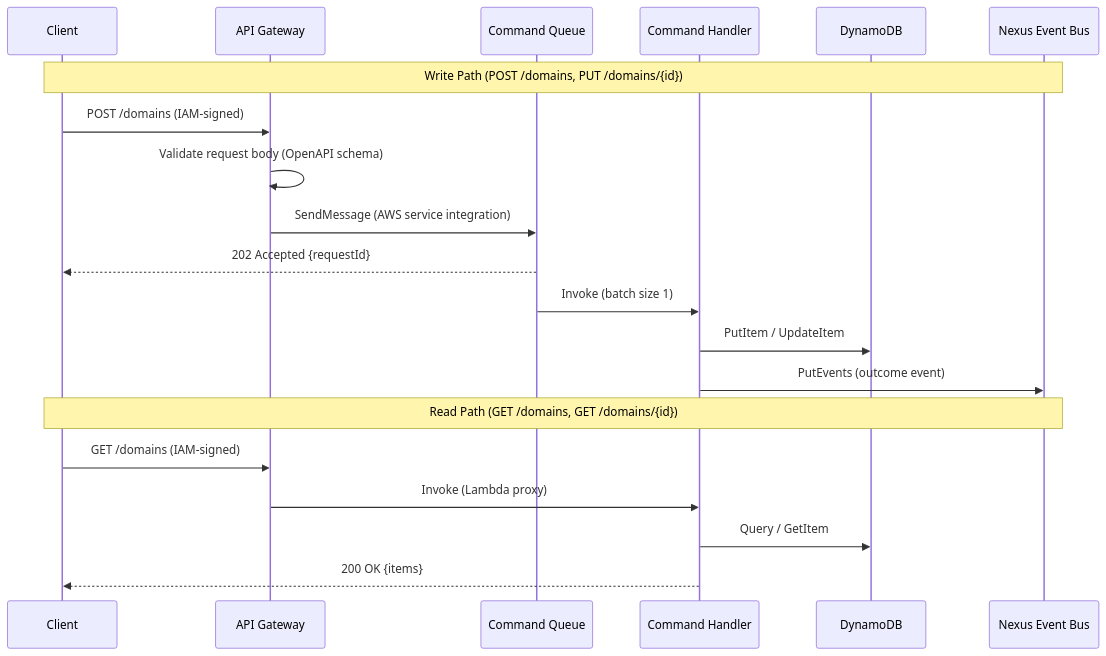
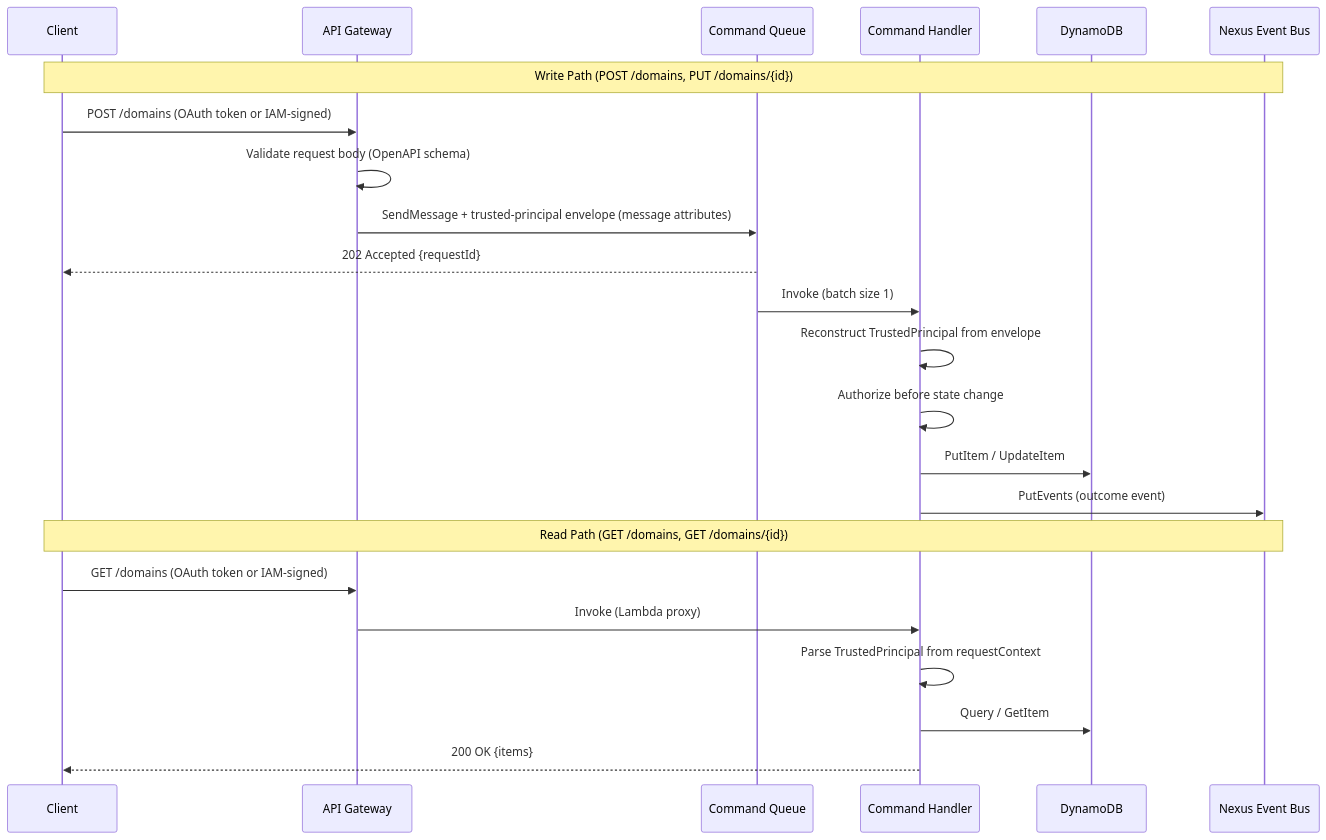
Before and after one commit to liedig/konductor4evb: the third of 9 diagrams in docs/development/architecture.md, drawn with Mermaid. The commit also changed other lines of this file and 8 other files, not shown here.

Commit message:
docs(auth): update architecture and decisions with OAuth/IAM identity layer, add consumer denial logging

````diff
--- a/docs/development/architecture.md
+++ b/docs/development/architecture.md
@@ -137,24 +145,27 @@
 ```mermaid
 sequenceDiagram
     participant Client
     participant APIGW as API Gateway
     participant SQS as Command Queue
     participant Lambda as Command Handler
     participant DDB as DynamoDB
     participant EB as Nexus Event Bus
 
     Note over Client, EB: Write Path (POST /domains, PUT /domains/{id})
-    Client->>APIGW: POST /domains (IAM-signed)
+    Client->>APIGW: POST /domains (OAuth token or IAM-signed)
     APIGW->>APIGW: Validate request body (OpenAPI schema)
-    APIGW->>SQS: SendMessage (AWS service integration)
+    APIGW->>SQS: SendMessage + trusted-principal envelope (message attributes)
     SQS-->>Client: 202 Accepted {requestId}
     SQS->>Lambda: Invoke (batch size 1)
+    Lambda->>Lambda: Reconstruct TrustedPrincipal from envelope
+    Lambda->>Lambda: Authorize before state change
     Lambda->>DDB: PutItem / UpdateItem
     Lambda->>EB: PutEvents (outcome event)
 
     Note over Client, EB: Read Path (GET /domains, GET /domains/{id})
-    Client->>APIGW: GET /domains (IAM-signed)
+    Client->>APIGW: GET /domains (OAuth token or IAM-signed)
     APIGW->>Lambda: Invoke (Lambda proxy)
+    Lambda->>Lambda: Parse TrustedPrincipal from requestContext
     Lambda->>DDB: Query / GetItem
     Lambda-->>Client: 200 OK {items}
 ```
````
